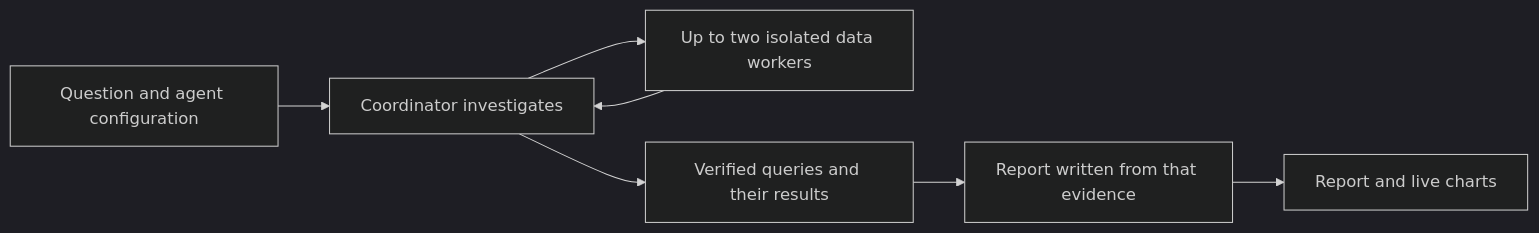
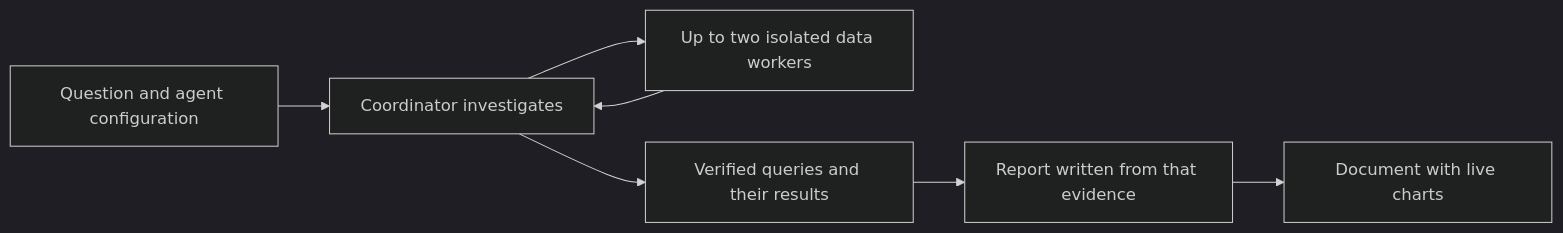
The diagram in agents/deep-research.mdx (lightdash/mintlify-docs), drawn with Mermaid (dark theme) before and after one commit. The commit also changed other lines of this file, not shown here.

Commit message:
docs: Deep Research publishes its report as a Document

````diff
--- a/agents/deep-research.mdx
+++ b/agents/deep-research.mdx
@@ -36,9 +36,9 @@
 ```mermaid
 flowchart LR
     A["Question and agent configuration"] --> B["Coordinator investigates"]
     B --> C["Up to two isolated data workers"]
     C --> B
     B --> D["Verified queries and their results"]
     D --> E["Report written from that evidence"]
-    E --> F["Report and live charts"]
+    E --> F["Document with live charts"]
 ```
````
